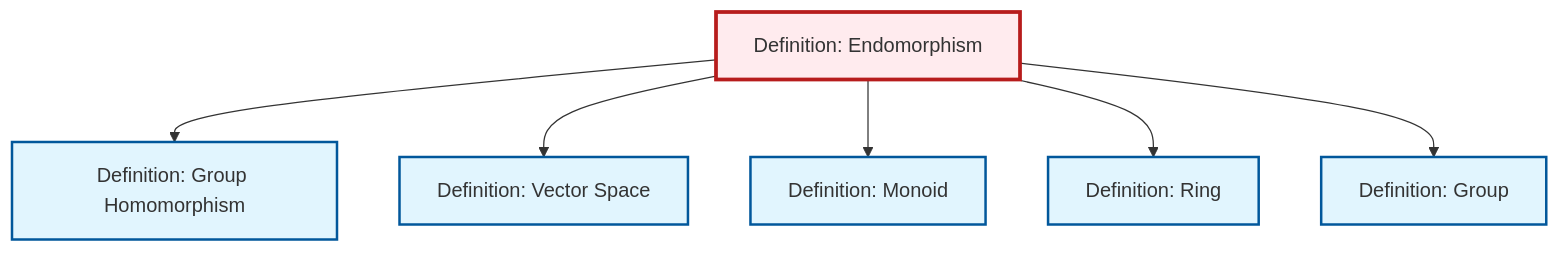
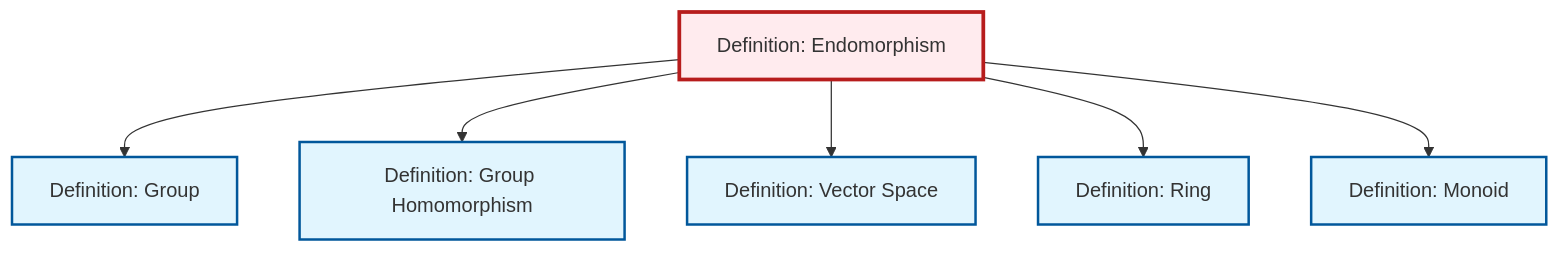
Before and after one commit to RK0429/ModernMath: the diagram in content/en/algebra/def-endomorphism.qmd, drawn with Mermaid. The commit also changed other lines of this file and 1012 other files, not shown here.

````diff
--- a/content/en/algebra/def-endomorphism.qmd
+++ b/content/en/algebra/def-endomorphism.qmd
@@ -88,26 +88,26 @@
 ```{mermaid}
 %%| fig-cap: "Local dependency graph"
 graph TD
     classDef definition fill:#e1f5fe,stroke:#01579b,stroke-width:2px
     classDef theorem fill:#f3e5f5,stroke:#4a148c,stroke-width:2px
     classDef axiom fill:#fff3e0,stroke:#e65100,stroke-width:2px
     classDef example fill:#e8f5e9,stroke:#1b5e20,stroke-width:2px
     classDef current fill:#ffebee,stroke:#b71c1c,stroke-width:3px
-    def-vector-space["Definition: Vector Space"]:::definition
     def-endomorphism["Definition: Endomorphism"]:::definition
     def-ring["Definition: Ring"]:::definition
+    def-vector-space["Definition: Vector Space"]:::definition
     def-monoid["Definition: Monoid"]:::definition
     def-homomorphism["Definition: Group Homomorphism"]:::definition
     def-group["Definition: Group"]:::definition
+    def-endomorphism --> def-group
     def-endomorphism --> def-homomorphism
     def-endomorphism --> def-vector-space
+    def-endomorphism --> def-ring
     def-endomorphism --> def-monoid
-    def-endomorphism --> def-ring
-    def-endomorphism --> def-group
     class def-endomorphism current
+    click def-ring "def-ring.html" "Go to Ring definition"
     click def-vector-space "def-vector-space.html" "Go to Vector Space definition"
-    click def-ring "def-ring.html" "Go to Ring definition"
     click def-monoid "def-monoid.html" "Go to Monoid definition"
     click def-homomorphism "def-homomorphism.html" "Go to Group Homomorphism definition"
     click def-group "def-group.html" "Go to Group definition"
 ```
````
